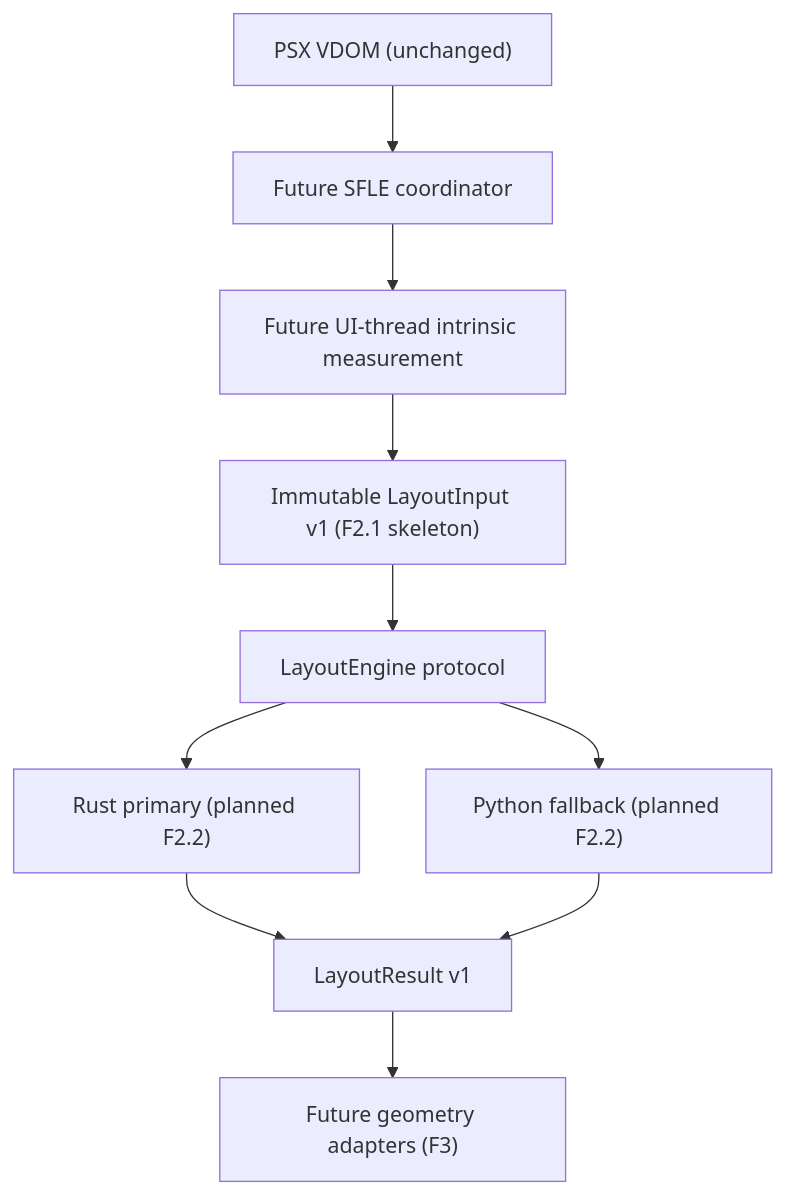
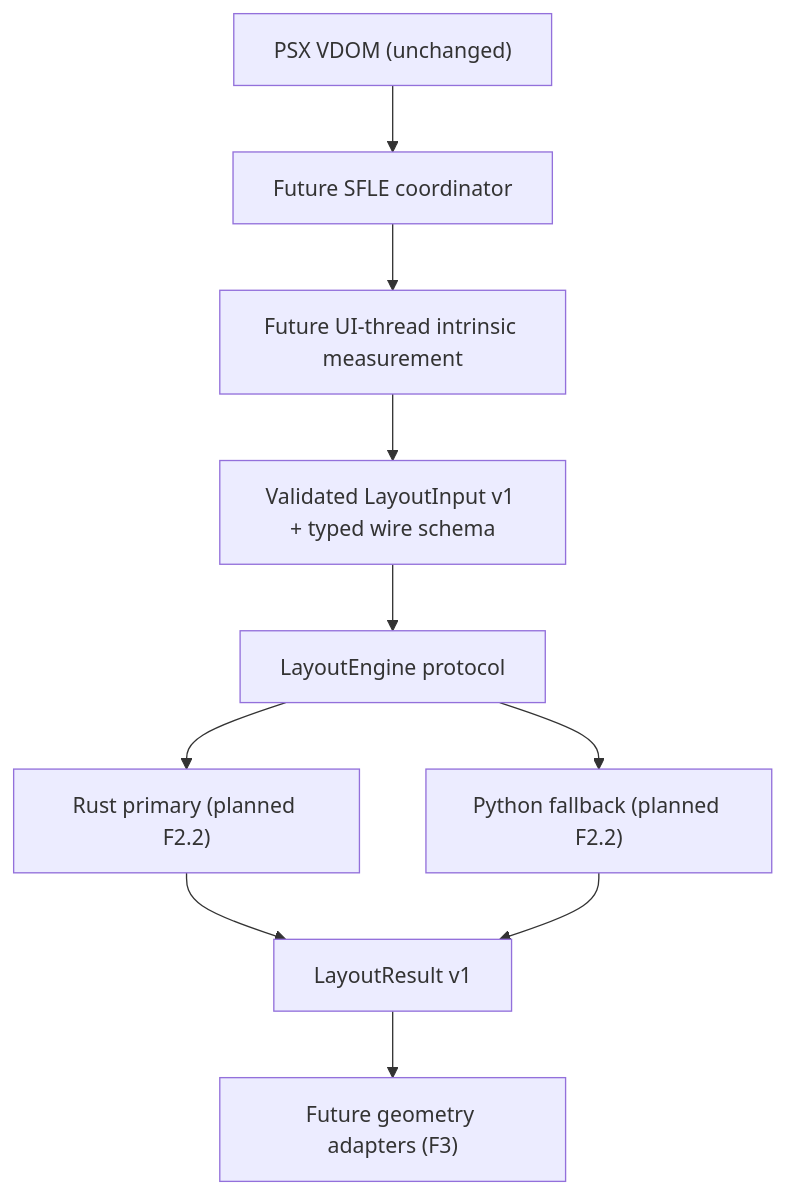
One commit to Neuri-AI/PSX changed the first of 2 diagrams in docs/architecture/sfle-f2-implementation.md. Above: the diagram before and after it, drawn with Mermaid. The commit also changed other lines of this file, not shown here.

Commit message:
docs(sfle): document F2.1 stable wire schema, ancestry and capability gates

```diff
--- a/docs/architecture/sfle-f2-implementation.md
+++ b/docs/architecture/sfle-f2-implementation.md
@@ -78,12 +88,12 @@
 ~~~mermaid
 flowchart TD
     V["PSX VDOM (unchanged)"] --> C["Future SFLE coordinator"]
     C --> M["Future UI-thread intrinsic measurement"]
-    M --> I["Immutable LayoutInput v1 (F2.1 skeleton)"]
+    M --> I["Validated LayoutInput v1 + typed wire schema"]
     I --> E["LayoutEngine protocol"]
     E --> R["Rust primary (planned F2.2)"]
     E --> P["Python fallback (planned F2.2)"]
     R --> O["LayoutResult v1"]
     P --> O
     O --> A["Future geometry adapters (F3)"]
 ~~~
```
